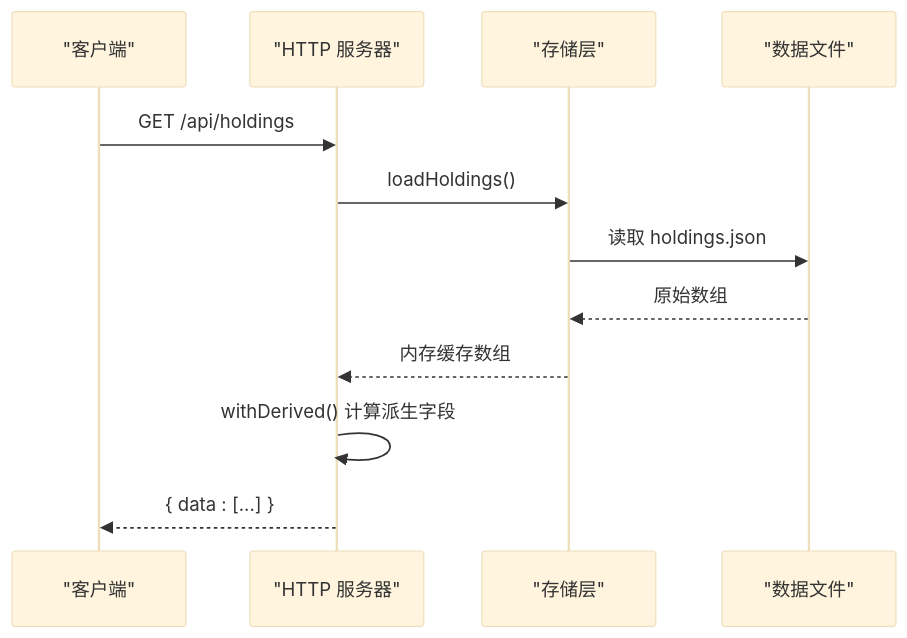
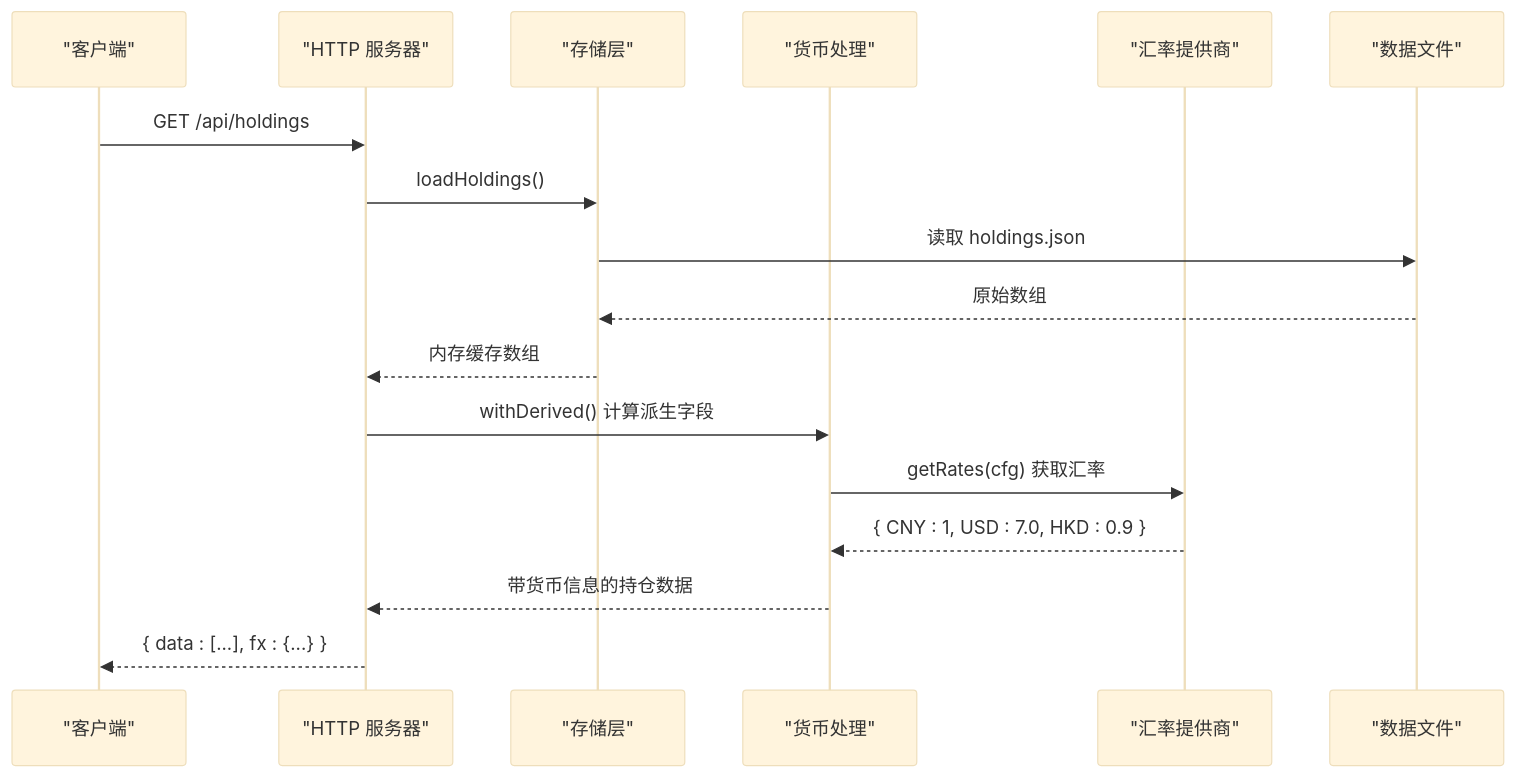
Before and after one commit to salenju/stock-advisor: the second of 3 diagrams in .qoder/repowiki/zh/content/API参考/持仓管理API.md, drawn with Mermaid (base theme). The commit also changed other lines of this file and 45 other files, not shown here.

````diff
--- a/.qoder/repowiki/zh/content/API参考/持仓管理API.md
+++ b/.qoder/repowiki/zh/content/API参考/持仓管理API.md
@@ -71,14 +90,19 @@
 ```mermaid
 sequenceDiagram
 participant C as "客户端"
 participant S as "HTTP 服务器"
 participant ST as "存储层"
+participant CU as "货币处理"
+participant FX as "汇率提供商"
 participant D as "数据文件"
 C->>S : GET /api/holdings
 S->>ST : loadHoldings()
 ST->>D : 读取 holdings.json
 D-->>ST : 原始数组
 ST-->>S : 内存缓存数组
-S->>S : withDerived() 计算派生字段
-S-->>C : { data : [...] }
+S->>CU : withDerived() 计算派生字段
+CU->>FX : getRates(cfg) 获取汇率
+FX-->>CU : { CNY : 1, USD : 7.0, HKD : 0.9 }
+CU-->>S : 带货币信息的持仓数据
+S-->>C : { data : [...], fx : {...} }
 ```
````
